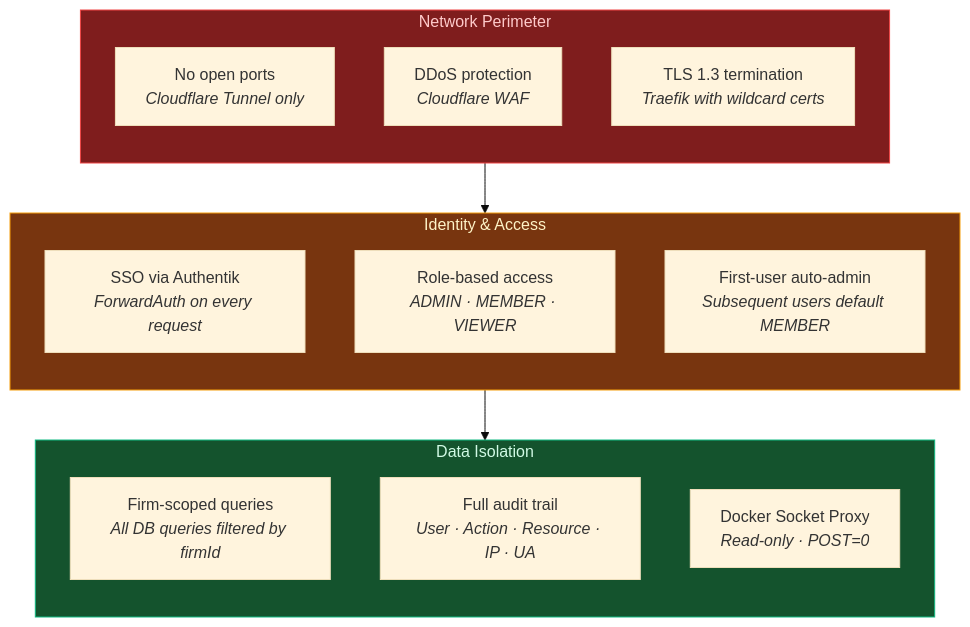
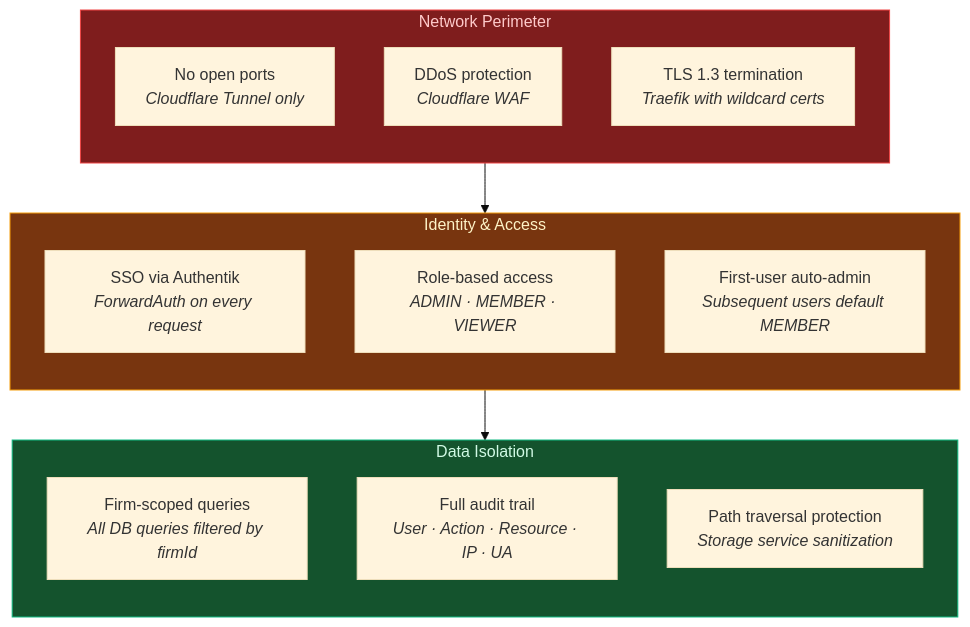
The ninth of 11 diagrams in ARCHITECTURE.md (EolaFam1828/AetherLegalIntelligence), drawn with Mermaid (base theme) before and after one commit. The commit also changed other lines of this file and 15 other files, not shown here.

````diff
--- a/ARCHITECTURE.md
+++ b/ARCHITECTURE.md
@@ -306,29 +433,29 @@
 ```mermaid
 flowchart TB
     subgraph PERIMETER["Network Perimeter"]
         direction TB
         A["No open ports<br/><i>Cloudflare Tunnel only</i>"]
         B["DDoS protection<br/><i>Cloudflare WAF</i>"]
         C["TLS 1.3 termination<br/><i>Traefik with wildcard certs</i>"]
     end
 
     subgraph IDENTITY["Identity & Access"]
         direction TB
         D["SSO via Authentik<br/><i>ForwardAuth on every request</i>"]
         E["Role-based access<br/><i>ADMIN · MEMBER · VIEWER</i>"]
         F["First-user auto-admin<br/><i>Subsequent users default MEMBER</i>"]
     end
 
     subgraph DATA_SEC["Data Isolation"]
         direction TB
         G["Firm-scoped queries<br/><i>All DB queries filtered by firmId</i>"]
         H["Full audit trail<br/><i>User · Action · Resource · IP · UA</i>"]
-        I["Docker Socket Proxy<br/><i>Read-only · POST=0</i>"]
+        I["Path traversal protection<br/><i>Storage service sanitization</i>"]
     end
 
     PERIMETER --> IDENTITY --> DATA_SEC
 
     style PERIMETER fill:#7f1d1d,stroke:#ef4444,color:#fecaca
     style IDENTITY fill:#78350f,stroke:#f59e0b,color:#fef3c7
     style DATA_SEC fill:#14532d,stroke:#10b981,color:#d1fae5
 ```
````
